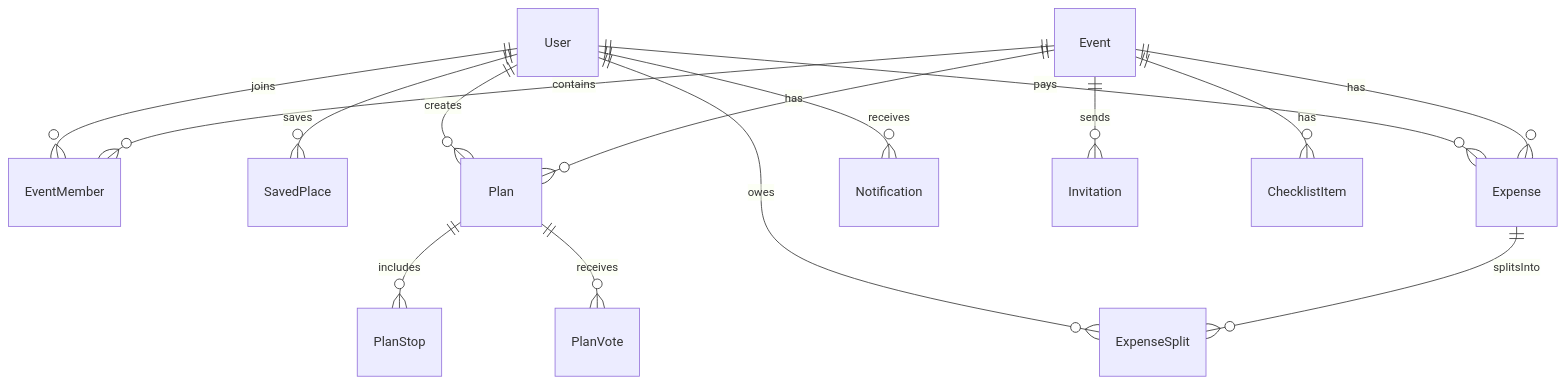
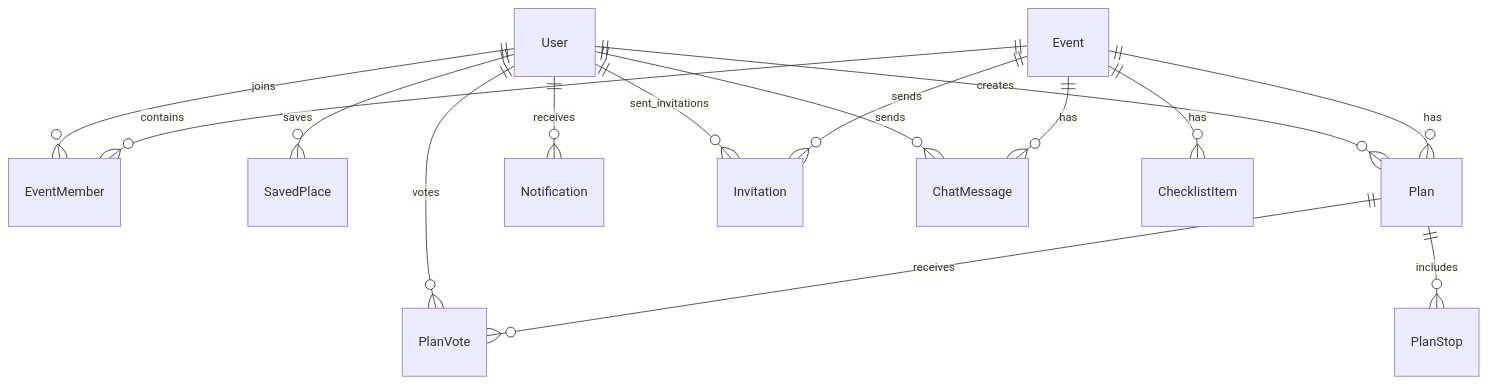
One commit to b4ck12/Group_Project changed the diagram in docs/03-architecture/database-schema.md. Above: the diagram before and after it, drawn with Mermaid. The commit also changed other lines of this file, not shown here.

Commit message:
fix(schema): xử lý issues sau họp Sprint 0 - bỏ Expense, thêm relation thiếu, onDelete, thời gian dừng PlanStop

````diff
--- a/docs/03-architecture/database-schema.md
+++ b/docs/03-architecture/database-schema.md
@@ -9,17 +13,17 @@
 ```mermaid
 erDiagram
     User ||--o{ EventMember : joins
     User ||--o{ SavedPlace : saves
     User ||--o{ Plan : creates
-    User ||--o{ Expense : pays
-    User ||--o{ ExpenseSplit : owes
+    User ||--o{ PlanVote : votes
     User ||--o{ Notification : receives
+    User ||--o{ Invitation : sent_invitations
+    User ||--o{ ChatMessage : sends
     Event ||--o{ EventMember : contains
     Event ||--o{ Plan : has
     Event ||--o{ Invitation : sends
-    Event ||--o{ Expense : has
     Event ||--o{ ChecklistItem : has
+    Event ||--o{ ChatMessage : has
     Plan ||--o{ PlanStop : includes
     Plan ||--o{ PlanVote : receives
-    Expense ||--o{ ExpenseSplit : splitsInto
 ```
````
